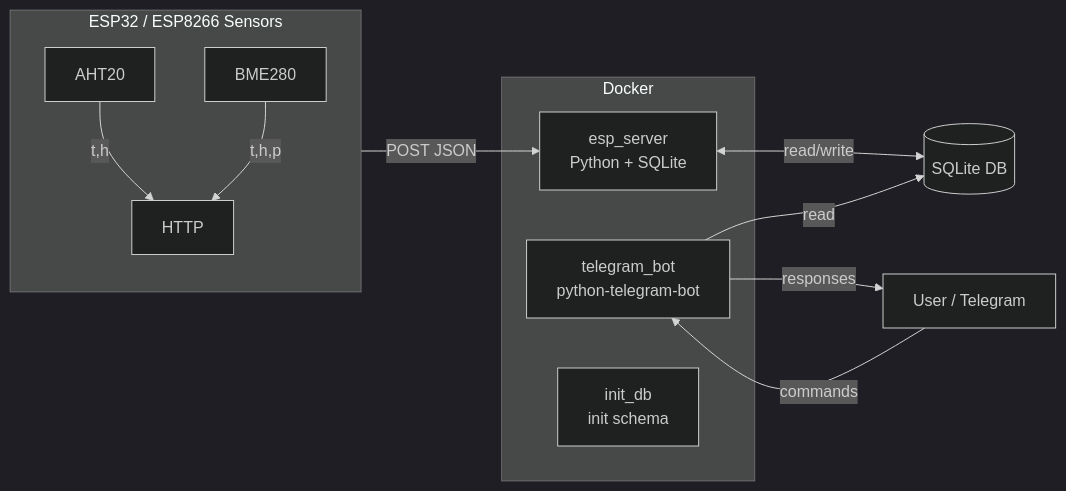
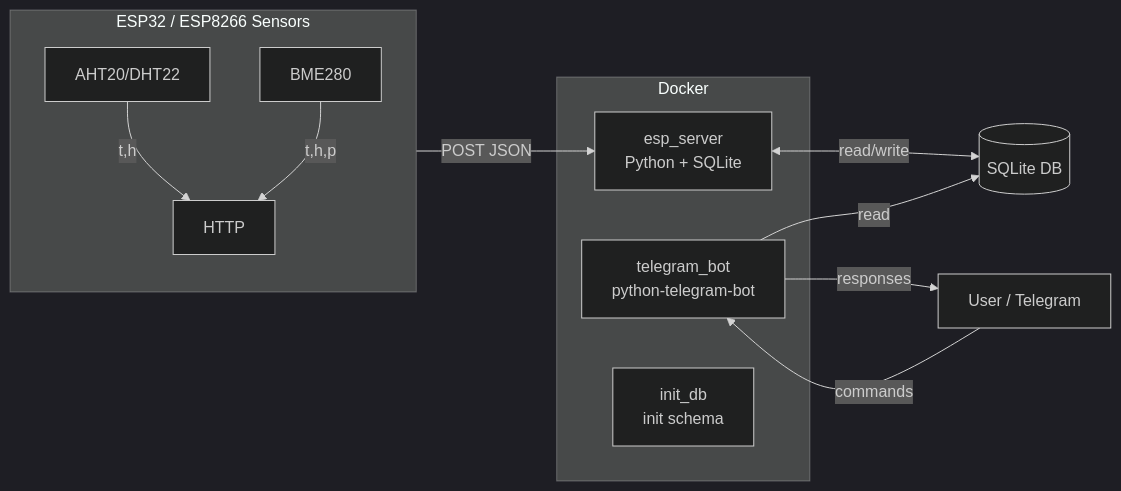
One commit to W1spi/weather-project changed the diagram in README.md. Above: the diagram before and after it, drawn with Mermaid (dark theme).

Commit message:
docs: update README with improved formatting and details

````diff
--- a/README.md
+++ b/README.md
@@ -27,21 +27,21 @@
 ```mermaid
 flowchart LR
     subgraph ESP[ESP32 / ESP8266 Sensors]
-        AHT20 -->|t,h| HTTP
+        AHT20/DHT22 -->|t,h| HTTP
         BME280 -->|t,h,p| HTTP
     end
 
     ESP -->|POST JSON| S1[esp_server]
 
     subgraph Docker
         S1[esp_server<br/>Python + SQLite]
         S2[telegram_bot<br/>python-telegram-bot]
         S3[init_db<br/>init schema]
     end
 
     S1 <--> |read/write| DB[(SQLite DB)]
     S2 -->|read| DB
 
     U[User / Telegram] -->|commands| S2
     S2 -->|responses| U
 ```
````
